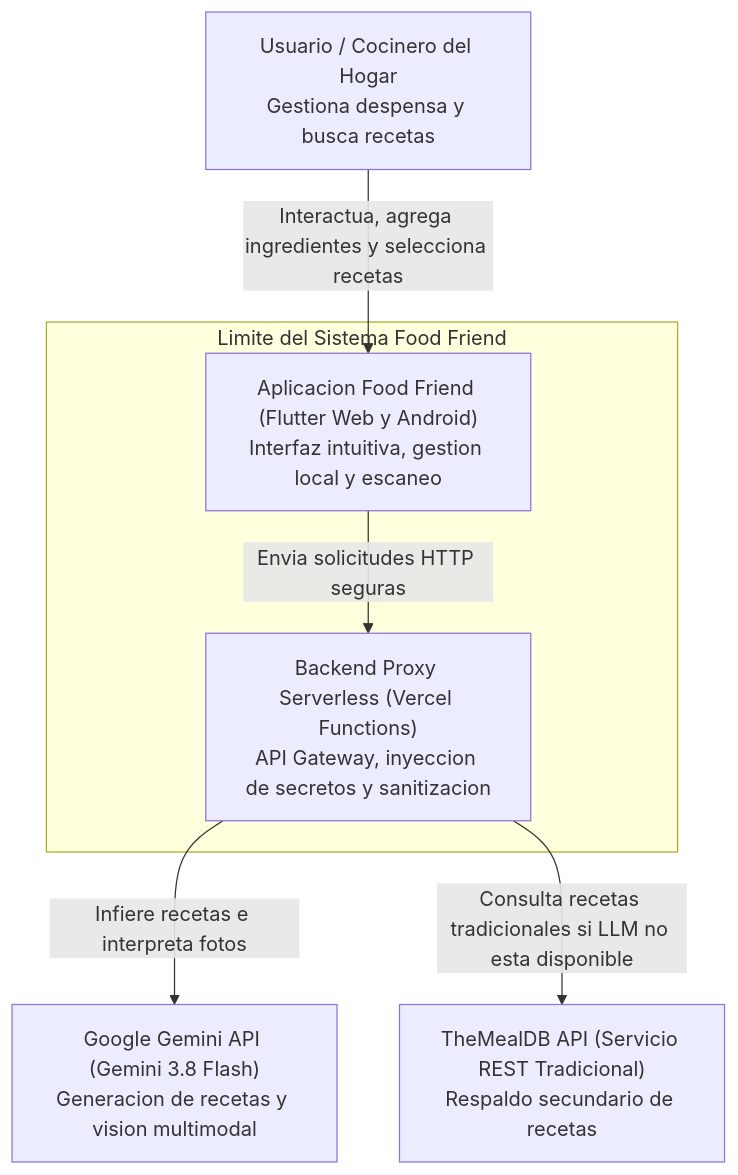
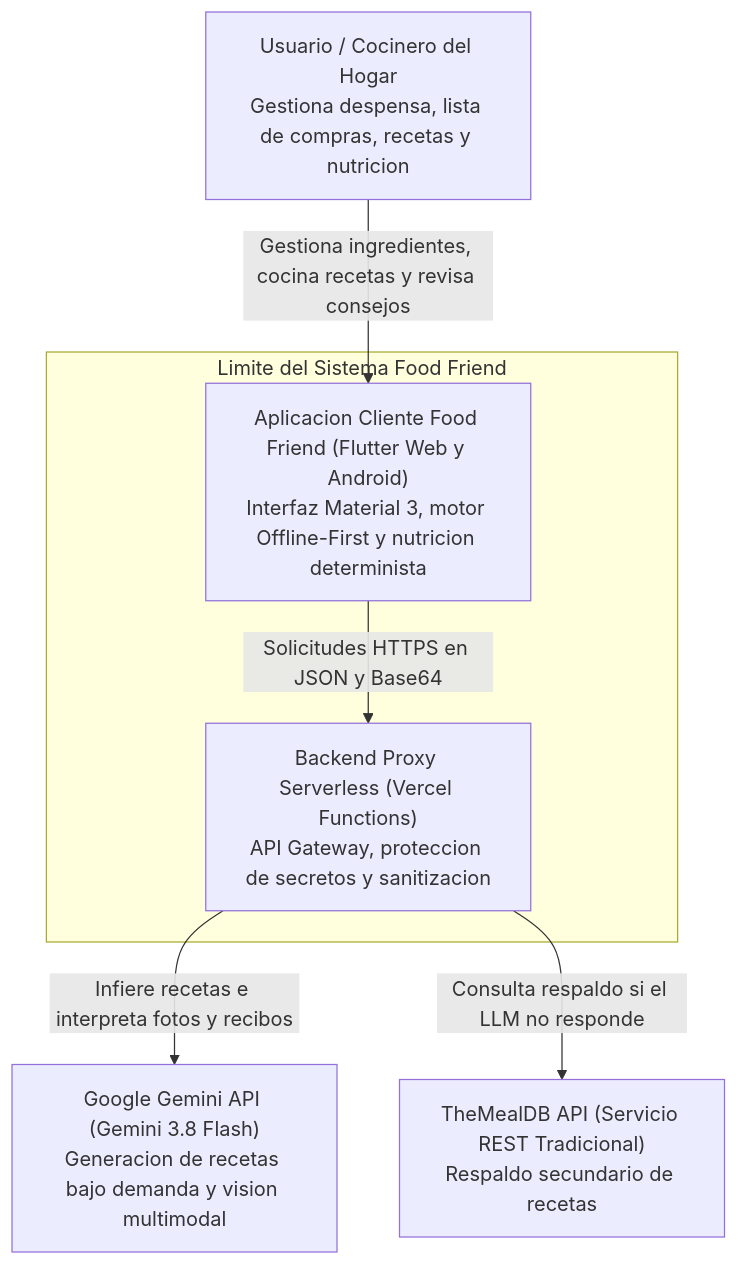
Before and after one commit to innovationlabug/food-friend: the first of 4 diagrams in docs/readme/arquitectura.md, drawn with Mermaid. The commit also changed other lines of this file and 21 other files, not shown here.

````diff
--- a/docs/readme/arquitectura.md
+++ b/docs/readme/arquitectura.md
@@ -23,17 +23,17 @@
 ```mermaid
 flowchart TD
-    User["Usuario / Cocinero del Hogar<br/>Gestiona despensa y busca recetas"]
+    User["Usuario / Cocinero del Hogar<br/>Gestiona despensa, lista de compras, recetas y nutricion"]
 
     subgraph Boundary ["Limite del Sistema Food Friend"]
-        App["Aplicacion Food Friend (Flutter Web y Android)<br/>Interfaz intuitiva, gestion local y escaneo"]
-        Proxy["Backend Proxy Serverless (Vercel Functions)<br/>API Gateway, inyeccion de secretos y sanitizacion"]
+        App["Aplicacion Cliente Food Friend (Flutter Web y Android)<br/>Interfaz Material 3, motor Offline-First y nutricion determinista"]
+        Proxy["Backend Proxy Serverless (Vercel Functions)<br/>API Gateway, proteccion de secretos y sanitizacion"]
     end
 
-    Gemini["Google Gemini API (Gemini 3.8 Flash)<br/>Generacion de recetas y vision multimodal"]
+    Gemini["Google Gemini API (Gemini 3.8 Flash)<br/>Generacion de recetas bajo demanda y vision multimodal"]
     MealDB["TheMealDB API (Servicio REST Tradicional)<br/>Respaldo secundario de recetas"]
 
-    User -->|Interactua, agrega ingredientes y selecciona recetas| App
-    App -->|Envia solicitudes HTTP seguras| Proxy
-    Proxy -->|Infiere recetas e interpreta fotos| Gemini
-    Proxy -->|Consulta recetas tradicionales si LLM no esta disponible| MealDB
+    User -->|Gestiona ingredientes, cocina recetas y revisa consejos| App
+    App -->|Solicitudes HTTPS en JSON y Base64| Proxy
+    Proxy -->|Infiere recetas e interpreta fotos y recibos| Gemini
+    Proxy -->|Consulta respaldo si el LLM no responde| MealDB
 ```
````
